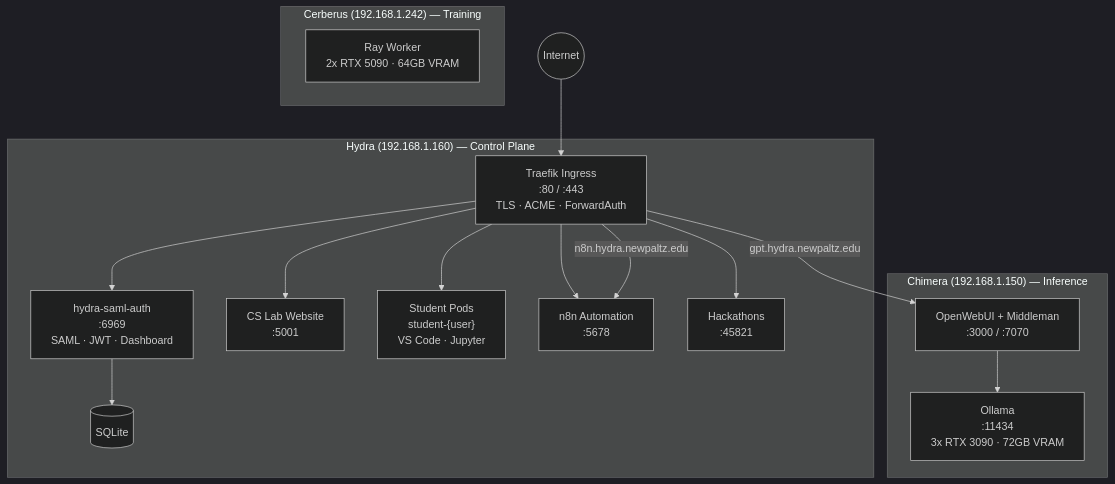
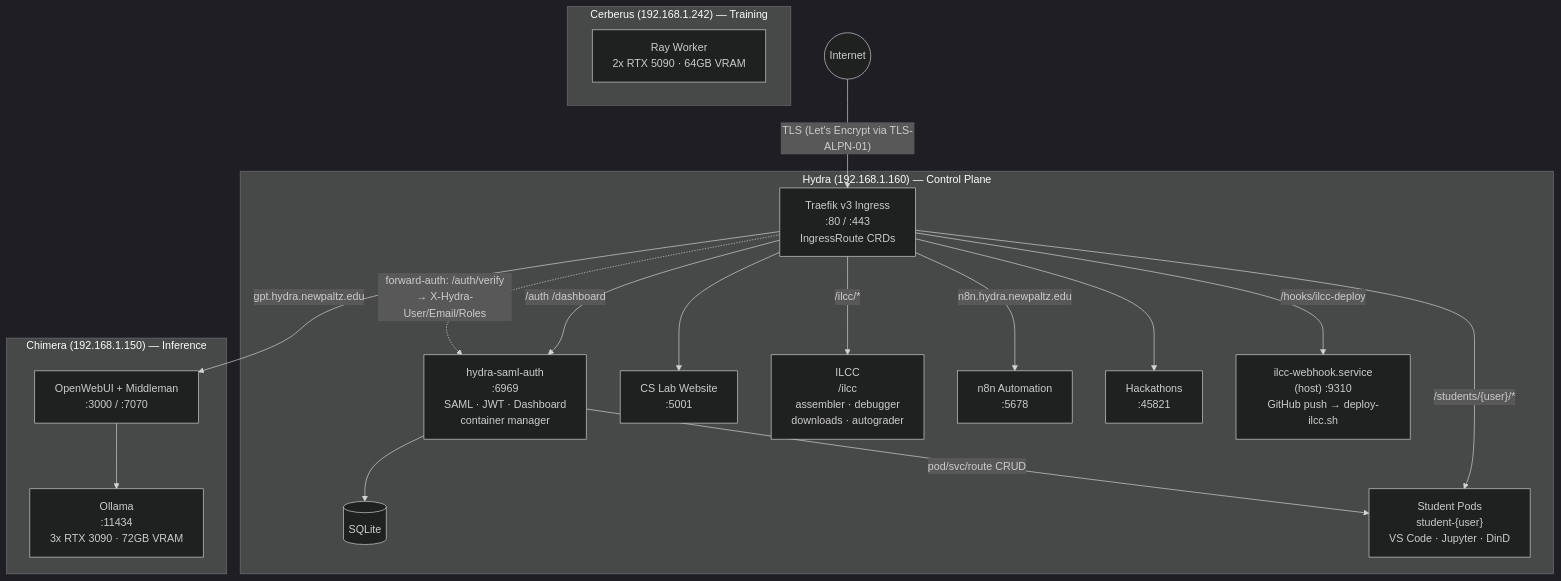
The diagram in README.md (compsci-suny-newpaltz/hydra-saml-auth), drawn with Mermaid (dark theme) before and after one commit. The commit also changed other lines of this file, not shown here.

Commit message:
readme: refresh architecture — ILCC, forward-auth flow, auto-deploy webhook, image pipeline

````diff
--- a/README.md
+++ b/README.md
@@ -147,36 +147,41 @@
 ```mermaid
 graph TD
     Internet((Internet))
 
-    Internet --> Traefik
+    Internet -->|"TLS (Let's Encrypt via TLS-ALPN-01)"| Traefik
 
     subgraph Hydra["Hydra (192.168.1.160) — Control Plane"]
-        Traefik["Traefik Ingress\n:80 / :443\nTLS · ACME · ForwardAuth"]
-        Auth["hydra-saml-auth\n:6969\nSAML · JWT · Dashboard"]
+        Traefik["Traefik v3 Ingress\n:80 / :443\nIngressRoute CRDs"]
+        Auth["hydra-saml-auth\n:6969\nSAML · JWT · Dashboard\ncontainer manager"]
         CSLab["CS Lab Website\n:5001"]
         DB[(SQLite)]
-        Students["Student Pods\nstudent-{user}\nVS Code · Jupyter"]
+        Students["Student Pods\nstudent-{user}\nVS Code · Jupyter · DinD"]
+        ILCC["ILCC\n/ilcc\nassembler · debugger\ndownloads · autograder"]
         n8n["n8n Automation\n:5678"]
         Hackathons["Hackathons\n:45821"]
+        Hook["ilcc-webhook.service\n(host) :9310\nGitHub push → deploy-ilcc.sh"]
 
-        Traefik --> Auth
+        Traefik -->|"/auth /dashboard"| Auth
+        Traefik -.->|"forward-auth: /auth/verify\n→ X-Hydra-User/Email/Roles"| Auth
+        Traefik -->|"/students/{user}/*"| Students
+        Traefik -->|"/ilcc/*"| ILCC
+        Traefik -->|"/hooks/ilcc-deploy"| Hook
         Traefik --> CSLab
-        Traefik --> Students
-        Traefik --> n8n
         Traefik --> Hackathons
         Auth --> DB
+        Auth -->|"pod/svc/route CRUD"| Students
     end
 
     subgraph Chimera["Chimera (192.168.1.150) — Inference"]
         OpenWebUI["OpenWebUI + Middleman\n:3000 / :7070"]
         Ollama["Ollama\n:11434\n3x RTX 3090 · 72GB VRAM"]
         OpenWebUI --> Ollama
     end
 
     subgraph Cerberus["Cerberus (192.168.1.242) — Training"]
         Ray["Ray Worker\n2x RTX 5090 · 64GB VRAM"]
     end
 
     Traefik -->|"gpt.hydra.newpaltz.edu"| OpenWebUI
     Traefik -->|"n8n.hydra.newpaltz.edu"| n8n
 ```
````
